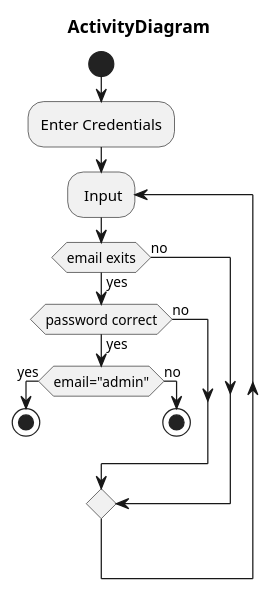
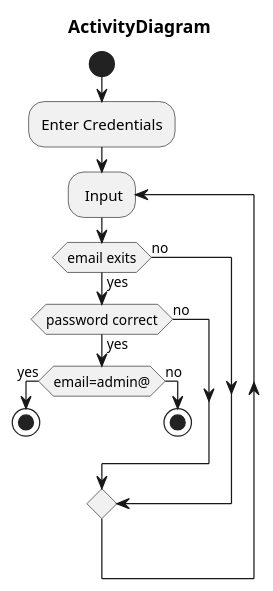
The diagram in data/Diagrammer/LoginAktivitetsDiagram.puml (UtilExe/Cupcakes), drawn with PlantUML before and after one commit.

Commit message:
Finjustering på activitydiagram

```diff
--- a/data/Diagrammer/LoginAktivitetsDiagram.puml
+++ b/data/Diagrammer/LoginAktivitetsDiagram.puml
@@ -1,21 +1,21 @@
 @startuml
 
 title ActivityDiagram
 
 start
 
 :Enter Credentials;
 
 repeat : Input
  if(email exits) then (yes)
  if(password correct) then (yes)
- if(email="admin") then (yes)
+ if(email=admin@) then (yes)
  stop
  else(no)
  stop
  endif
  else(no)
  endif
  else(no)
 
 @enduml
```
